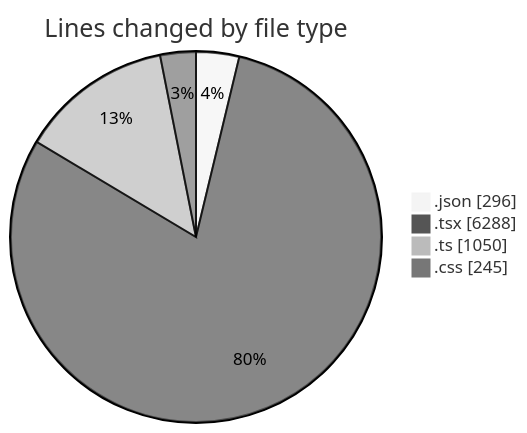
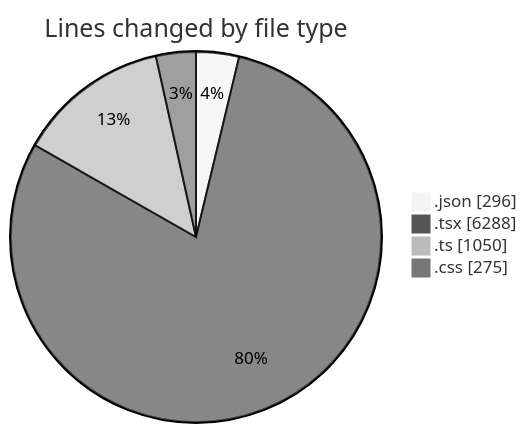
The first of 2 diagrams in 2025-10-07/eventscop-frontend-guide__workspace_/README.md (julien-gomy/code-tracking), drawn with Mermaid (neutral theme) before and after one commit. The commit also changed other lines of this file and 1 other file, not shown here.

````diff
--- a/2025-10-07/eventscop-frontend-guide__workspace_/README.md
+++ b/2025-10-07/eventscop-frontend-guide__workspace_/README.md
@@ -62,8 +62,8 @@
 ```mermaid
 pie showData
 title Lines changed by file type
 ".json" : 296
 ".tsx" : 6288
 ".ts" : 1050
-".css" : 245
+".css" : 275
 ```
````
